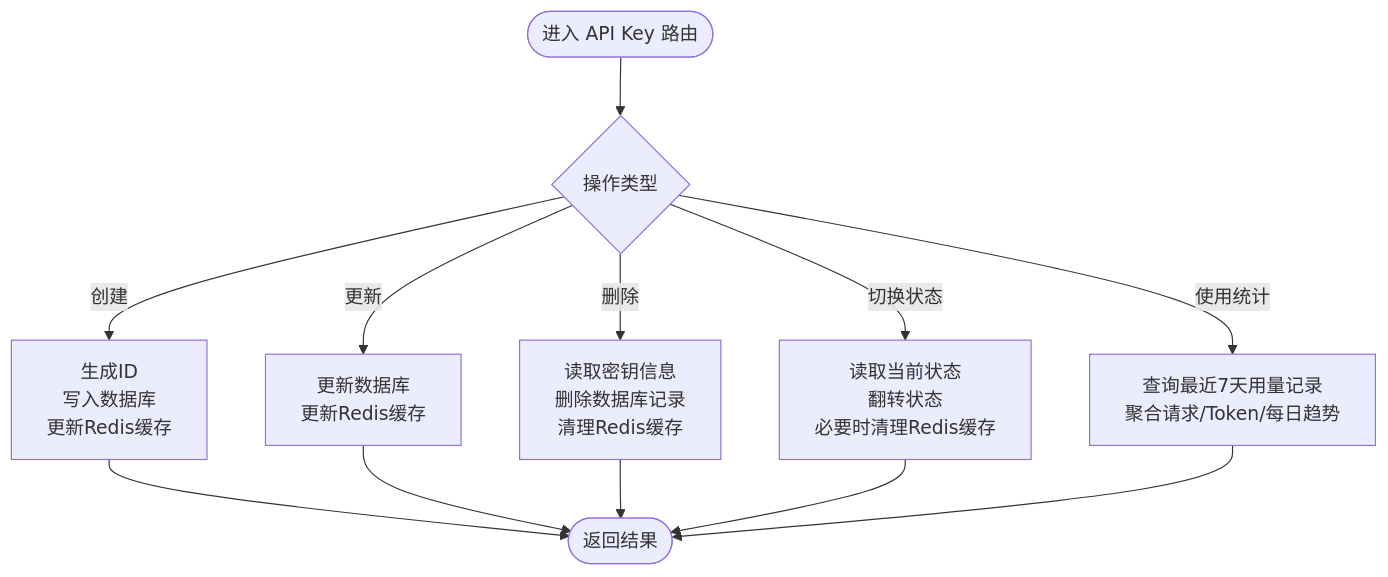
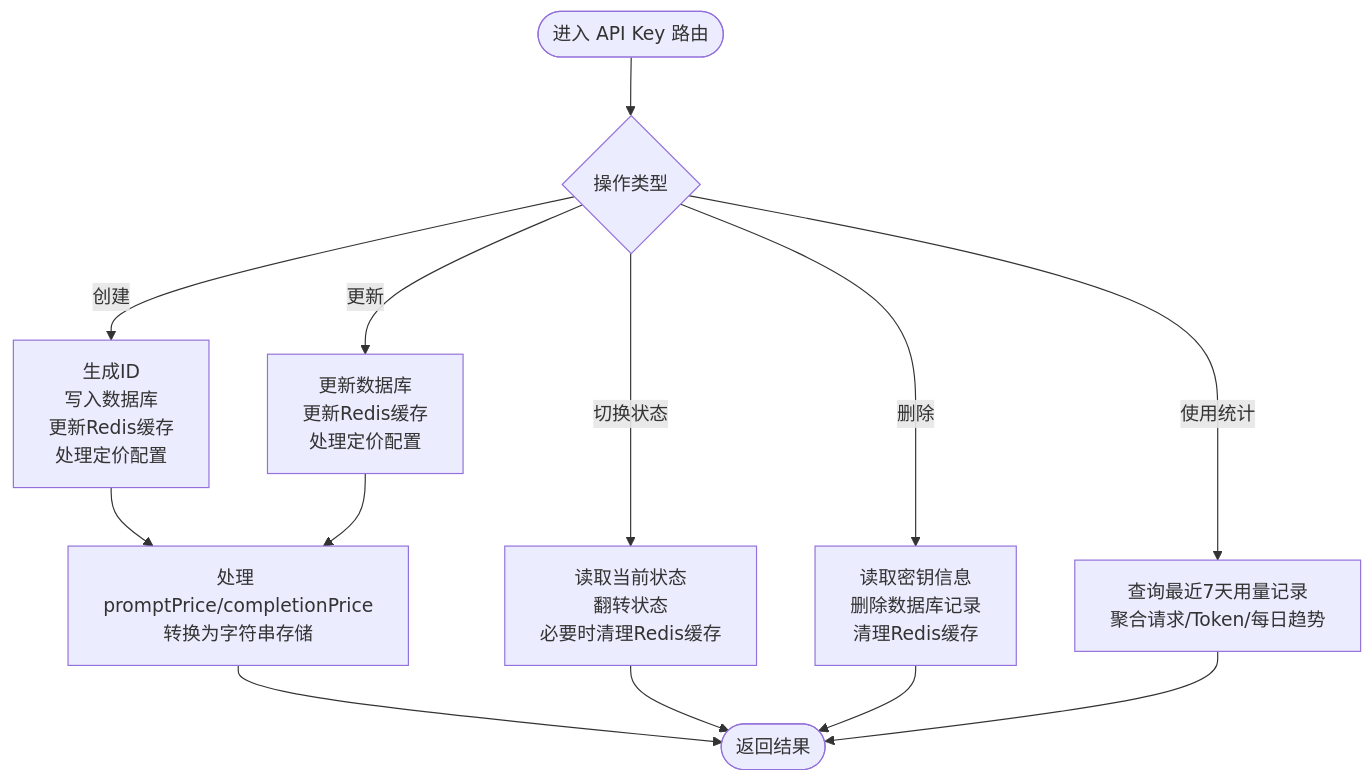
One commit to RadiumAg/AIGate changed the third of 10 diagrams in .qoder/repowiki/zh/content/核心功能/API Key 管理.md. Above: the diagram before and after it, drawn with Mermaid. The commit also changed other lines of this file and 7 other files, not shown here.

````diff
--- a/.qoder/repowiki/zh/content/核心功能/API Key 管理.md
+++ b/.qoder/repowiki/zh/content/核心功能/API Key 管理.md
@@ -194,14 +212,15 @@
 ```mermaid
 flowchart TD
 Start(["进入 API Key 路由"]) --> Op{"操作类型"}
-Op --> |创建| Create["生成ID<br/>写入数据库<br/>更新Redis缓存"]
-Op --> |更新| Update["更新数据库<br/>更新Redis缓存"]
+Op --> |创建| Create["生成ID<br/>写入数据库<br/>更新Redis缓存<br/>处理定价配置"]
+Op --> |更新| Update["更新数据库<br/>更新Redis缓存<br/>处理定价配置"]
 Op --> |删除| Delete["读取密钥信息<br/>删除数据库记录<br/>清理Redis缓存"]
 Op --> |切换状态| Toggle["读取当前状态<br/>翻转状态<br/>必要时清理Redis缓存"]
 Op --> |使用统计| Stats["查询最近7天用量记录<br/>聚合请求/Token/每日趋势"]
-Create --> End(["返回结果"])
-Update --> End
+Create --> Pricing["处理 promptPrice/completionPrice<br/>转换为字符串存储"]
+Update --> Pricing
+Pricing --> End(["返回结果"])
+Toggle --> End
 Delete --> End
-Toggle --> End
 Stats --> End
 ```
````
